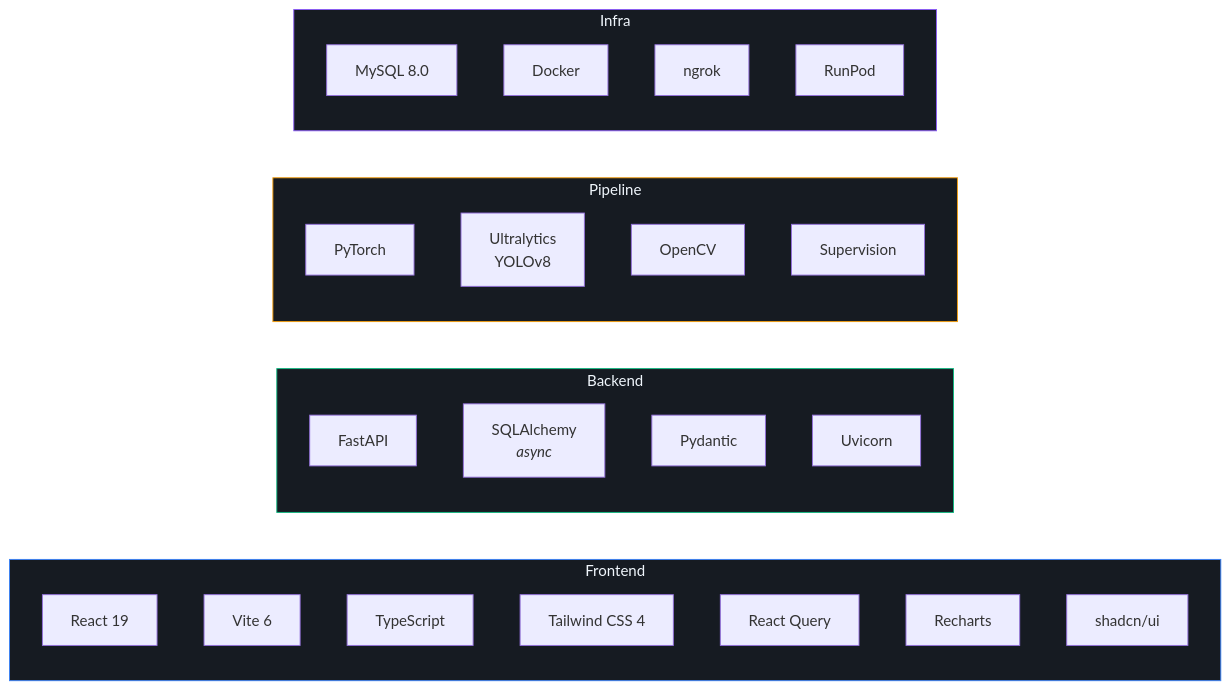
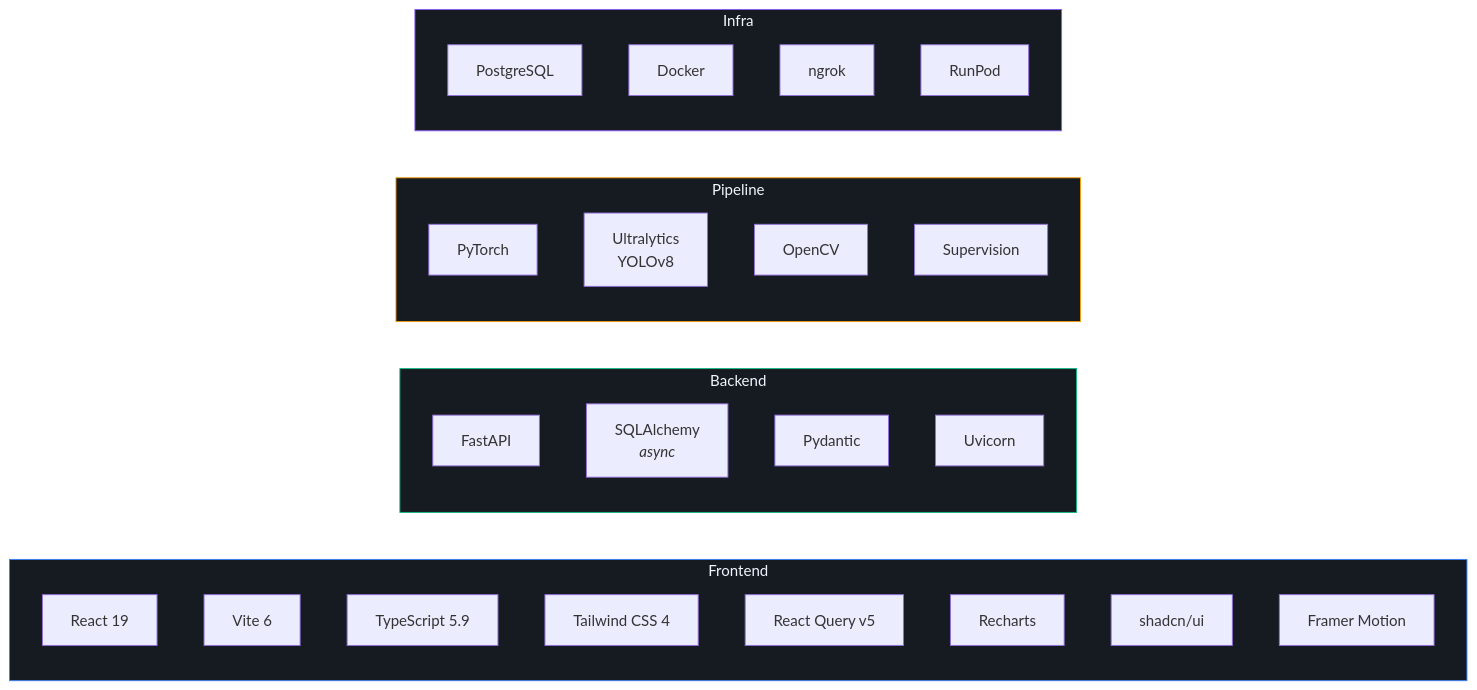
The third of 3 diagrams in README.md (esharif20/football-analytics-dashboard), drawn with Mermaid before and after one commit. The commit also changed other lines of this file and 183 other files, not shown here.

````diff
--- a/README.md
+++ b/README.md
@@ -118,38 +120,39 @@
 ```mermaid
 graph LR
     subgraph Frontend
         React["React 19"]
         Vite2["Vite 6"]
-        TS["TypeScript"]
+        TS["TypeScript 5.9"]
         TW["Tailwind CSS 4"]
-        RQ["React Query"]
+        RQ["React Query v5"]
         Recharts["Recharts"]
         Shadcn["shadcn/ui"]
+        FM["Framer Motion"]
     end
 
     subgraph Backend
         FA["FastAPI"]
         SA["SQLAlchemy<br/><i>async</i>"]
         Pydantic["Pydantic"]
         Uvicorn["Uvicorn"]
     end
 
     subgraph Pipeline2["Pipeline"]
         PyTorch["PyTorch"]
         YOLO2["Ultralytics<br/>YOLOv8"]
         CV2["OpenCV"]
         SV["Supervision"]
     end
 
     subgraph Infra
-        MySQL2["MySQL 8.0"]
+        PG["PostgreSQL"]
         Docker["Docker"]
         Ngrok["ngrok"]
         RunPod["RunPod"]
     end
 
     style Frontend fill:#161b22,stroke:#3b82f6,color:#f0f6fc
     style Backend fill:#161b22,stroke:#10b981,color:#f0f6fc
     style Pipeline2 fill:#161b22,stroke:#f59e0b,color:#f0f6fc
     style Infra fill:#161b22,stroke:#8b5cf6,color:#f0f6fc
 ```
````
